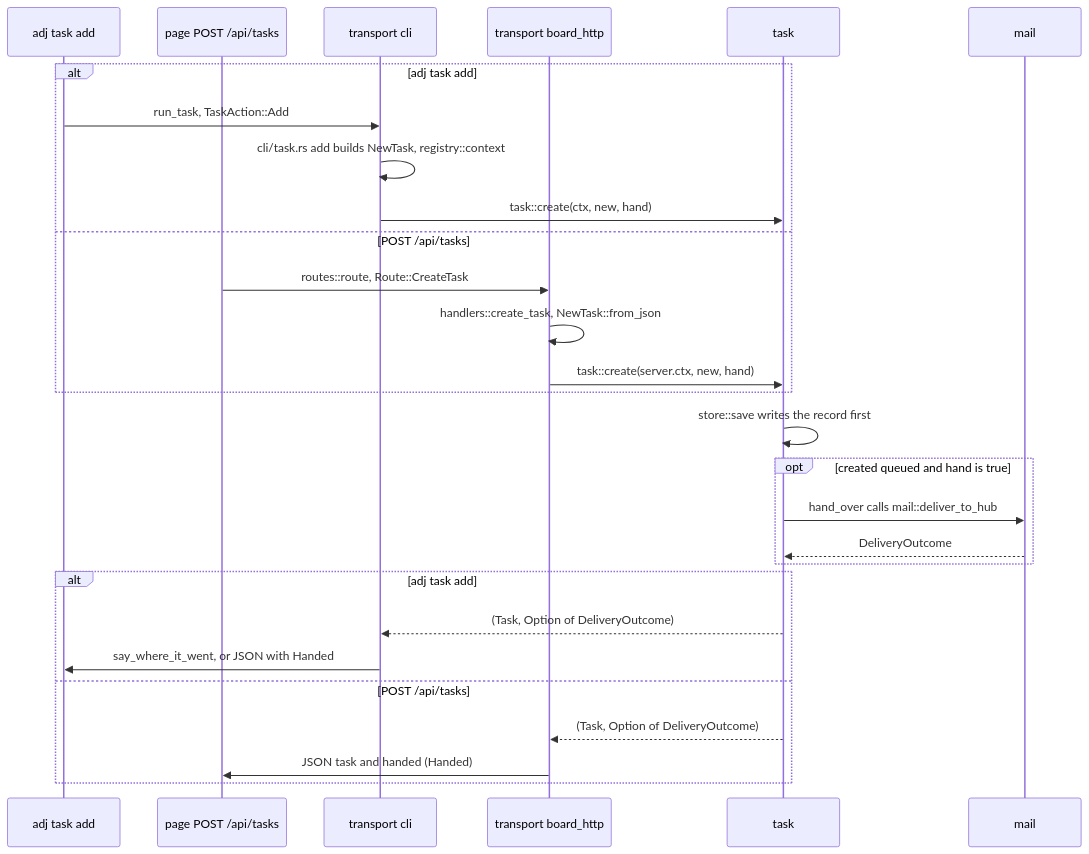
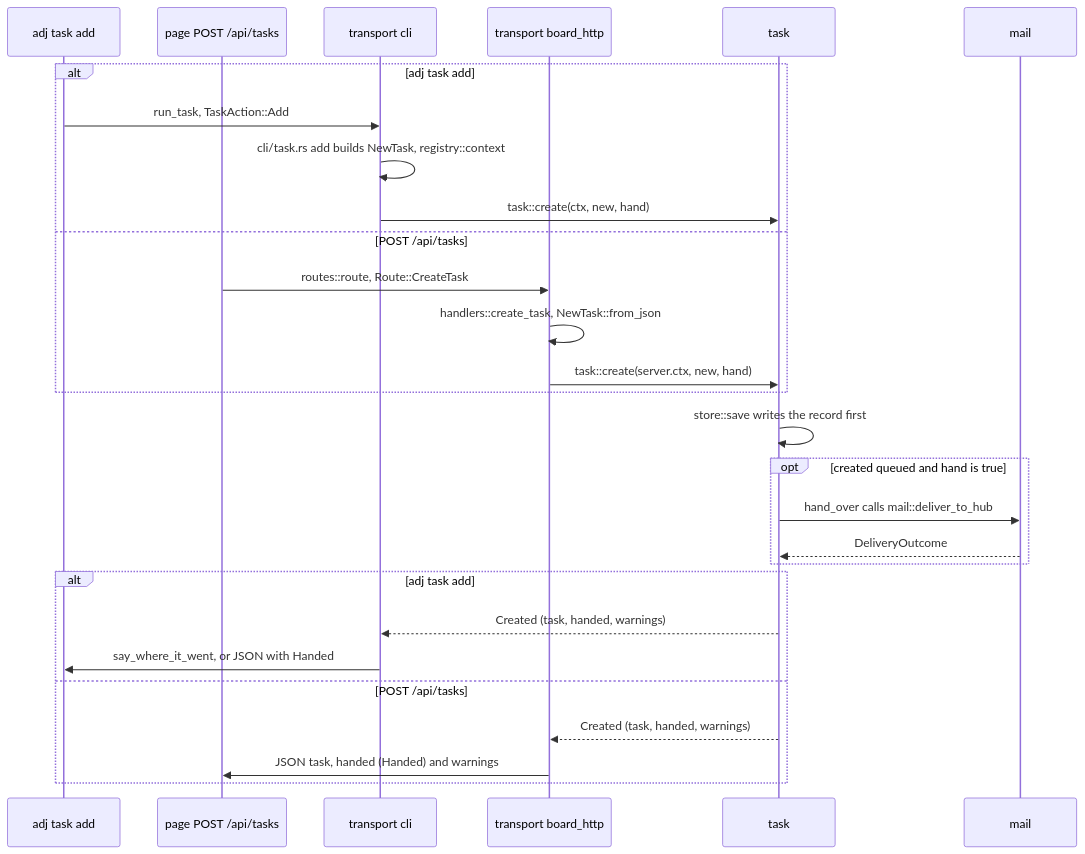
One commit to syarihu/agent-adjutant changed the second of 3 diagrams in docs/architecture.md. Above: the diagram before and after it, drawn with Mermaid. The commit also changed other lines of this file and 15 other files, not shown here.

Commit message:
Return the warnings of task create and refresh instead of printing them

````diff
--- a/docs/architecture.md
+++ b/docs/architecture.md
@@ -243,30 +252,30 @@
 ```mermaid
 sequenceDiagram
     participant Shell as adj task add
     participant Page as page POST /api/tasks
     participant Cli as transport cli
     participant Http as transport board_http
     participant Task as task
     participant Mail as mail
     alt adj task add
         Shell->>Cli: run_task, TaskAction::Add
         Cli->>Cli: cli/task.rs add builds NewTask, registry::context
         Cli->>Task: task::create(ctx, new, hand)
     else POST /api/tasks
         Page->>Http: routes::route, Route::CreateTask
         Http->>Http: handlers::create_task, NewTask::from_json
         Http->>Task: task::create(server.ctx, new, hand)
     end
     Task->>Task: store::save writes the record first
     opt created queued and hand is true
         Task->>Mail: hand_over calls mail::deliver_to_hub
         Mail-->>Task: DeliveryOutcome
     end
     alt adj task add
-        Task-->>Cli: (Task, Option of DeliveryOutcome)
+        Task-->>Cli: Created (task, handed, warnings)
         Cli->>Shell: say_where_it_went, or JSON with Handed
     else POST /api/tasks
-        Task-->>Http: (Task, Option of DeliveryOutcome)
-        Http->>Page: JSON task and handed (Handed)
+        Task-->>Http: Created (task, handed, warnings)
+        Http->>Page: JSON task, handed (Handed) and warnings
     end
 ```
````
